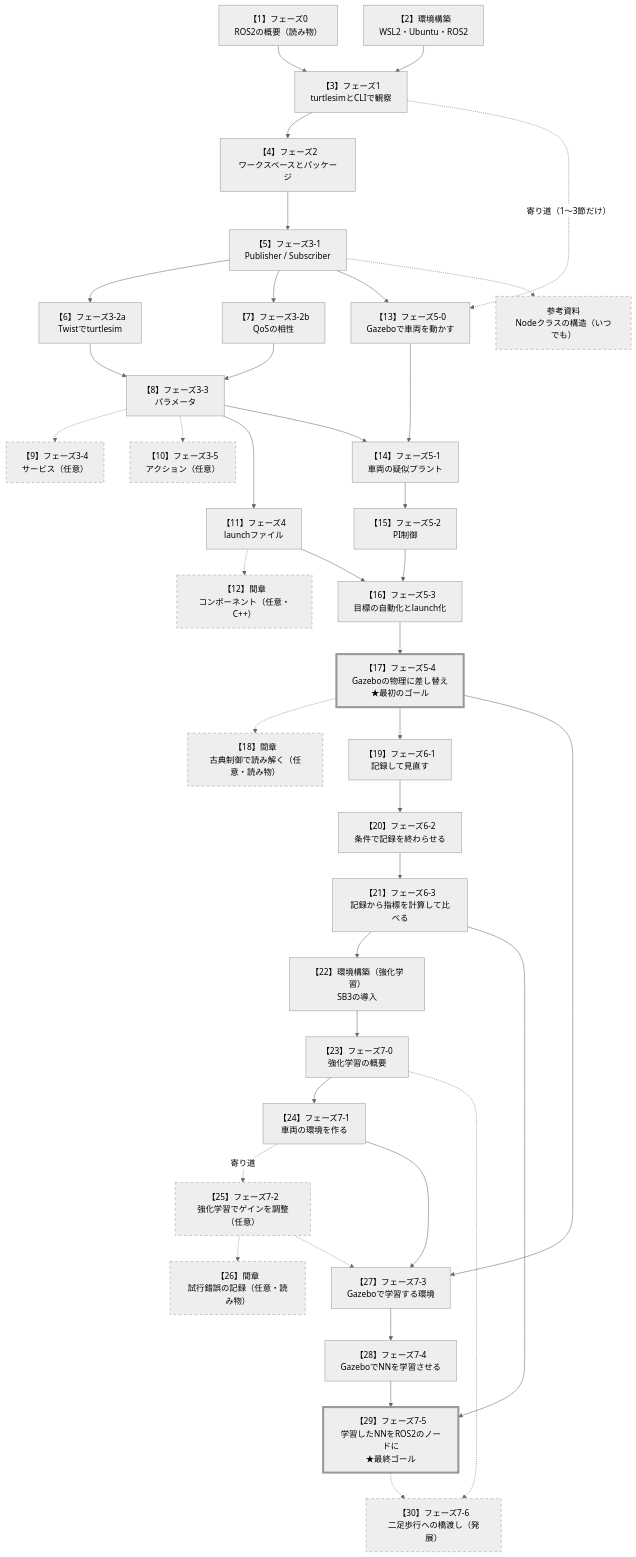
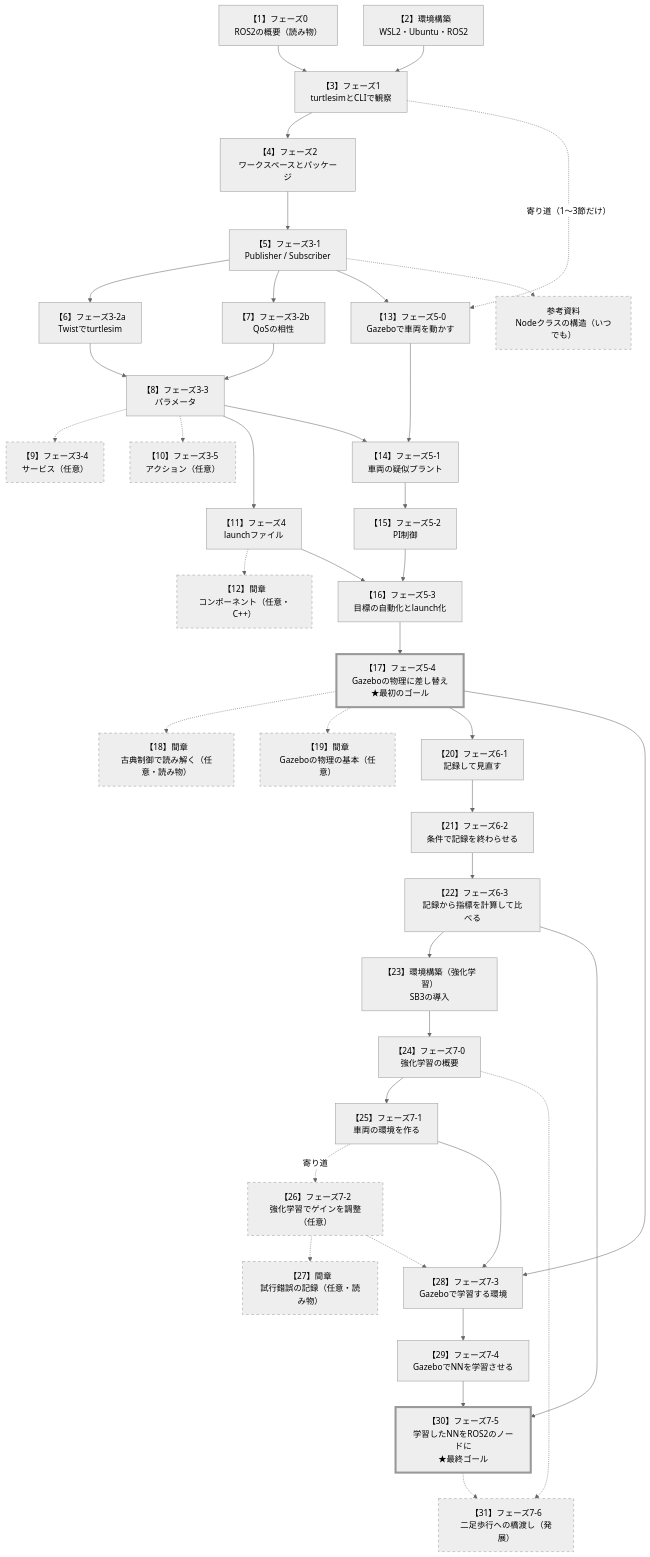
Before and after one commit to SanghunIm1991/ros2MinimalPhysicalAi: the second of 2 diagrams in README.md, drawn with Mermaid (neutral theme). The commit also changed other lines of this file and 5 other files, not shown here.

````diff
--- a/README.md
+++ b/README.md
@@ -128,46 +128,47 @@
 ```mermaid
 flowchart TB
     P0["【1】フェーズ0<br/>ROS2の概要（読み物）"] --> P1
     SETUP["【2】環境構築<br/>WSL2・Ubuntu・ROS2"] --> P1
     P1["【3】フェーズ1<br/>turtlesimとCLIで観察"] --> P2["【4】フェーズ2<br/>ワークスペースとパッケージ"]
     P2 --> P31["【5】フェーズ3-1<br/>Publisher / Subscriber"]
     P31 --> P32a["【6】フェーズ3-2a<br/>Twistでturtlesim"]
     P31 --> P32b["【7】フェーズ3-2b<br/>QoSの相性"]
     P32a --> P33["【8】フェーズ3-3<br/>パラメータ"]
     P32b --> P33
     P33 -.-> P34["【9】フェーズ3-4<br/>サービス（任意）"]
     P33 -.-> P35["【10】フェーズ3-5<br/>アクション（任意）"]
     P33 --> P4["【11】フェーズ4<br/>launchファイル"]
     P4 -.-> INT["【12】間章<br/>コンポーネント（任意・C++）"]
     P31 --> P50["【13】フェーズ5-0<br/>Gazeboで車両を動かす"]
     P1 -.->|"寄り道（1〜3節だけ）"| P50
     P33 --> P51["【14】フェーズ5-1<br/>車両の疑似プラント"]
     P50 --> P51
     P51 --> P52["【15】フェーズ5-2<br/>PI制御"]
     P4 --> P53["【16】フェーズ5-3<br/>目標の自動化とlaunch化"]
     P52 --> P53
     P53 --> P54["【17】フェーズ5-4<br/>Gazeboの物理に差し替え<br/>★最初のゴール"]
     P54 -.-> INT3["【18】間章<br/>古典制御で読み解く（任意・読み物）"]
-    P54 --> P61["【19】フェーズ6-1<br/>記録して見直す"]
-    P61 --> P62["【20】フェーズ6-2<br/>条件で記録を終わらせる"]
-    P62 --> P63["【21】フェーズ6-3<br/>記録から指標を計算して比べる"]
-    P63 --> SETRL["【22】環境構築（強化学習）<br/>SB3の導入"]
-    SETRL --> P70["【23】フェーズ7-0<br/>強化学習の概要"]
-    P70 --> P71["【24】フェーズ7-1<br/>車両の環境を作る"]
-    P71 -.->|"寄り道"| P72["【25】フェーズ7-2<br/>強化学習でゲインを調整（任意）"]
-    P72 -.-> INT2["【26】間章<br/>試行錯誤の記録（任意・読み物）"]
+    P54 -.-> INT4["【19】間章<br/>Gazeboの物理の基本（任意）"]
+    P54 --> P61["【20】フェーズ6-1<br/>記録して見直す"]
+    P61 --> P62["【21】フェーズ6-2<br/>条件で記録を終わらせる"]
+    P62 --> P63["【22】フェーズ6-3<br/>記録から指標を計算して比べる"]
+    P63 --> SETRL["【23】環境構築（強化学習）<br/>SB3の導入"]
+    SETRL --> P70["【24】フェーズ7-0<br/>強化学習の概要"]
+    P70 --> P71["【25】フェーズ7-1<br/>車両の環境を作る"]
+    P71 -.->|"寄り道"| P72["【26】フェーズ7-2<br/>強化学習でゲインを調整（任意）"]
+    P72 -.-> INT2["【27】間章<br/>試行錯誤の記録（任意・読み物）"]
     P54 --> P73
-    P71 --> P73["【27】フェーズ7-3<br/>Gazeboで学習する環境"]
+    P71 --> P73["【28】フェーズ7-3<br/>Gazeboで学習する環境"]
     P72 -.-> P73
-    P73 --> P74["【28】フェーズ7-4<br/>GazeboでNNを学習させる"]
+    P73 --> P74["【29】フェーズ7-4<br/>GazeboでNNを学習させる"]
     P63 --> P75
-    P74 --> P75["【29】フェーズ7-5<br/>学習したNNをROS2のノードに<br/>★最終ゴール"]
+    P74 --> P75["【30】フェーズ7-5<br/>学習したNNをROS2のノードに<br/>★最終ゴール"]
     P70 -.-> P76
-    P75 -.-> P76["【30】フェーズ7-6<br/>二足歩行への橋渡し（発展）"]
+    P75 -.-> P76["【31】フェーズ7-6<br/>二足歩行への橋渡し（発展）"]
     P31 -.-> REF["参考資料<br/>Nodeクラスの構造（いつでも）"]
 
     classDef optional stroke-dasharray: 5 5
     classDef goal stroke-width: 4px
-    class P34,P35,INT,INT3,REF,P72,INT2,P76 optional
+    class P34,P35,INT,INT3,INT4,REF,P72,INT2,P76 optional
     class P54,P75 goal
 ```
````
